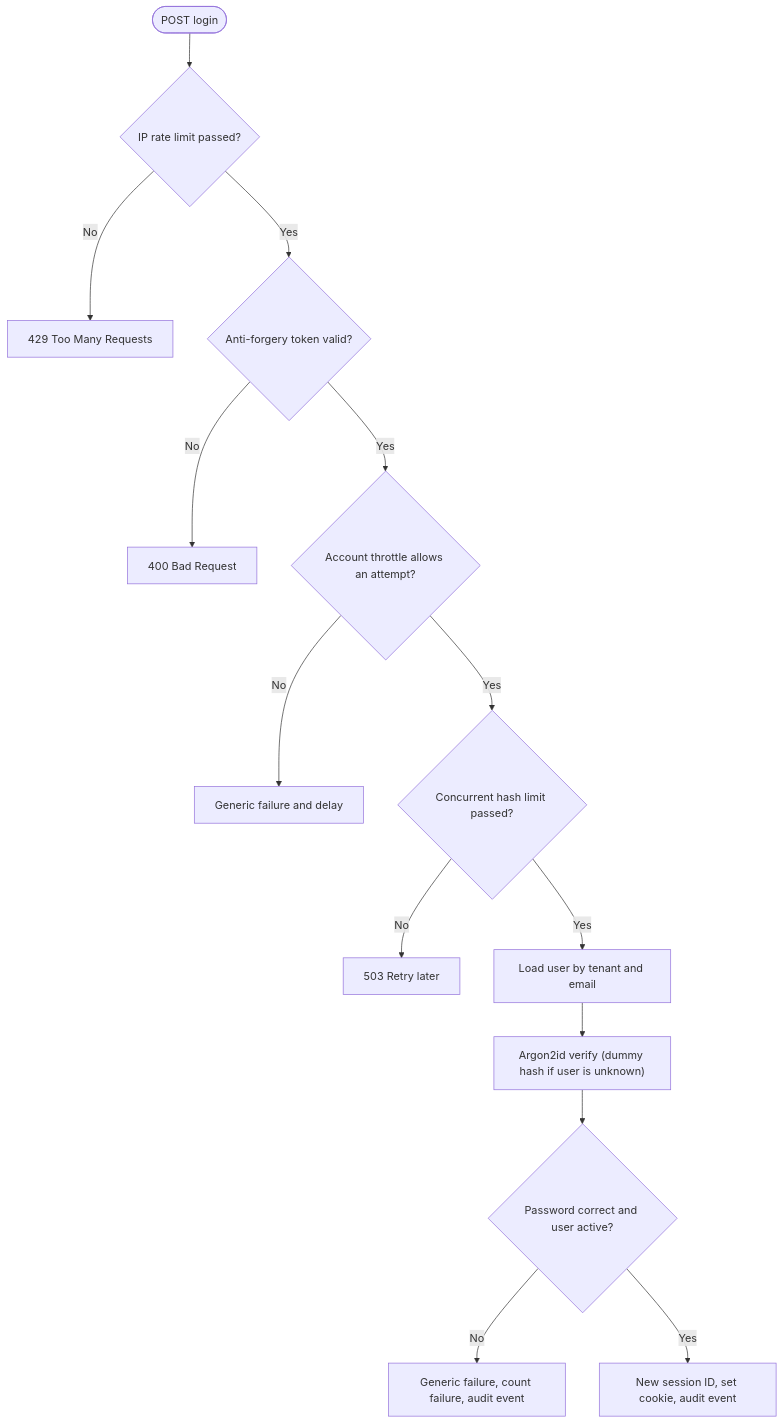
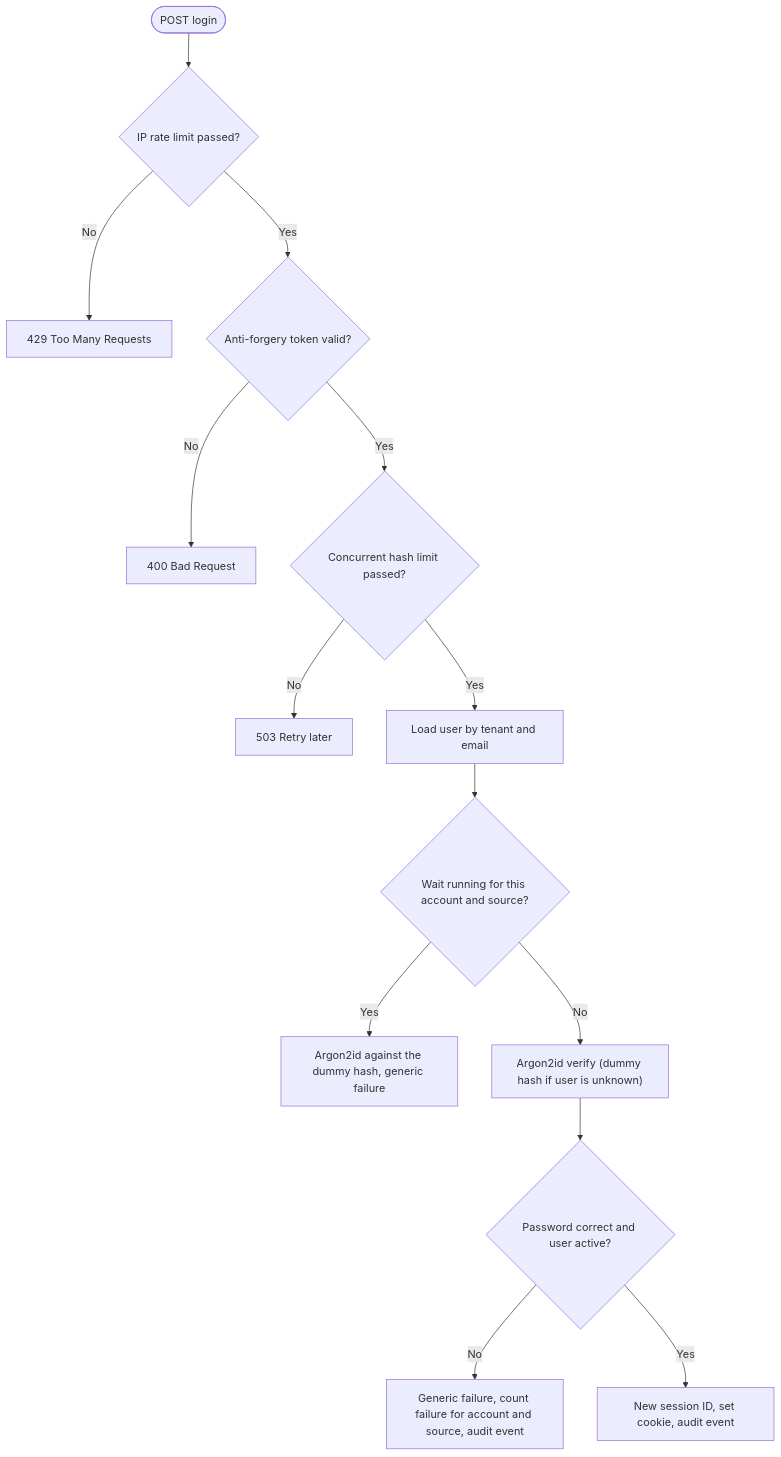
One commit to Parth2500/heimdall-idp changed the first of 4 diagrams in docs/diagrams/06-login-and-session.md. Above: the diagram before and after it, drawn with Mermaid. The commit also changed other lines of this file and 26 other files, not shown here.

First line of the commit message:
Throttle failed sign-ins for each account and source

````diff
--- a/docs/diagrams/06-login-and-session.md
+++ b/docs/diagrams/06-login-and-session.md
@@ -7,16 +7,16 @@
 ```mermaid
 flowchart TD
     S(["POST login"]) --> RL{"IP rate limit passed?"}
     RL -- No --> T1["429 Too Many Requests"]
     RL -- Yes --> CS{"Anti-forgery token valid?"}
     CS -- No --> T2["400 Bad Request"]
-    CS -- Yes --> TH{"Account throttle allows an attempt?"}
-    TH -- No --> T3["Generic failure and delay"]
-    TH -- Yes --> CC{"Concurrent hash limit passed?"}
+    CS -- Yes --> CC{"Concurrent hash limit passed?"}
     CC -- No --> T4["503 Retry later"]
     CC -- Yes --> LU["Load user by tenant and email"]
-    LU --> HV["Argon2id verify (dummy hash if user is unknown)"]
+    LU --> TH{"Wait running for this account and source?"}
+    TH -- Yes --> T3["Argon2id against the dummy hash, generic failure"]
+    TH -- No --> HV["Argon2id verify (dummy hash if user is unknown)"]
     HV --> OK{"Password correct and user active?"}
-    OK -- No --> F["Generic failure, count failure, audit event"]
+    OK -- No --> F["Generic failure, count failure for account and source, audit event"]
     OK -- Yes --> NS["New session ID, set cookie, audit event"]
 ```
````
